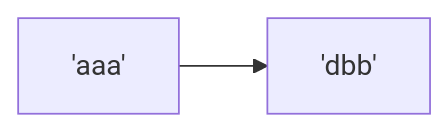
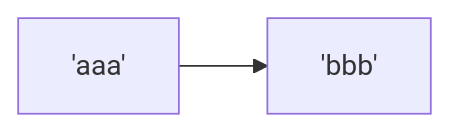
The diagram in all/未命名-2.md (sdgixfg/iodraw-files), drawn with Mermaid before and after one commit.

Commit message:
2025-05-24 13:41:38 update

````diff
--- a/all/未命名-2.md
+++ b/all/未命名-2.md
@@ -1,4 +1,5 @@
 ```mermaid
 flowchart LR
-    A['aaa']-->B['dbb']
+    A['aaa']-->B['bbb']
+    A
 ```
````
